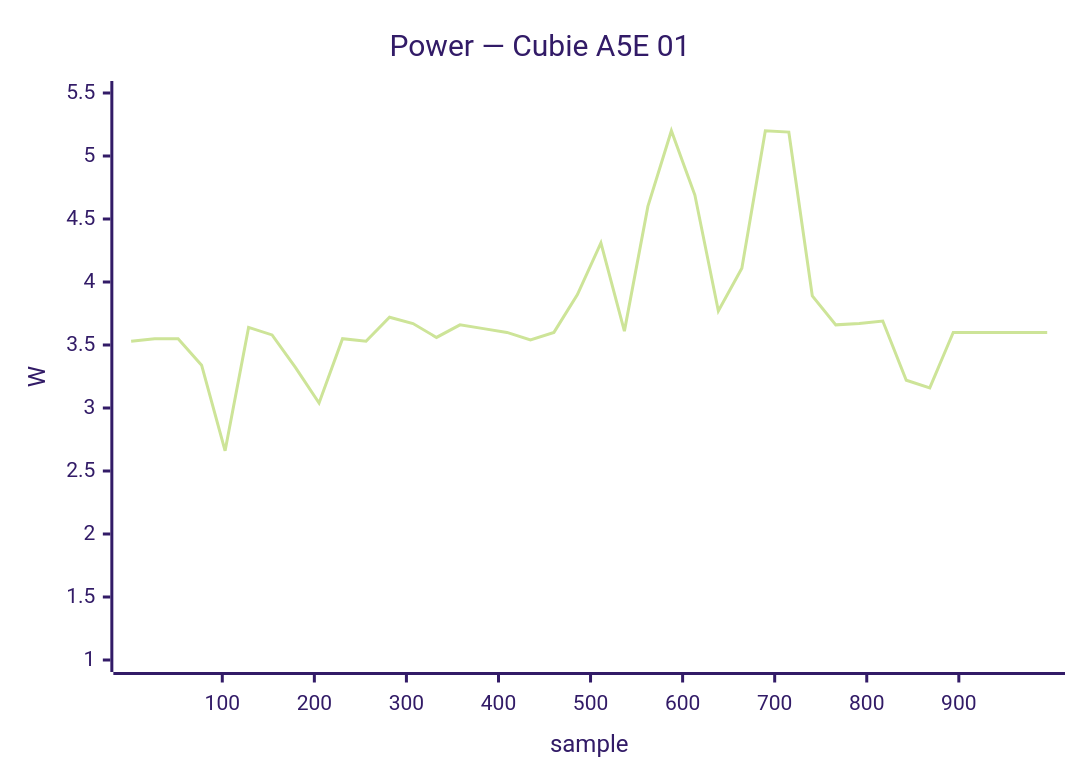
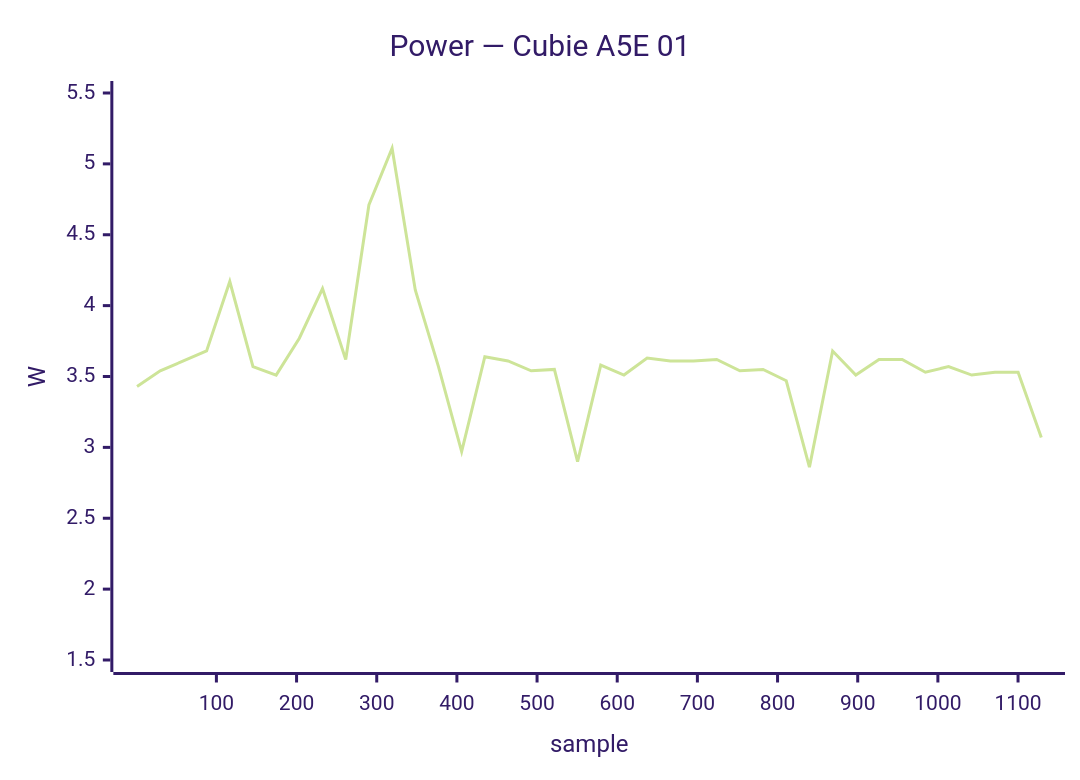
Before and after one commit to armbian/documentation: the fourth of 24 diagrams in docs/status/board-tests.md, drawn with Mermaid (forest theme). The commit also changed other lines of this file, not shown here.

````diff
--- a/docs/status/board-tests.md
+++ b/docs/status/board-tests.md
@@ -185,7 +220,7 @@
     ```mermaid
     xychart-beta
         title "Power — Cubie A5E 01"
-        x-axis "sample" 1 --> 996
-        y-axis "W" 1.0 --> 5.5
-        line [3.53, 3.55, 3.55, 3.34, 2.66, 3.64, 3.58, 3.32, 3.04, 3.55, 3.53, 3.72, 3.67, 3.56, 3.66, 3.63, 3.60, 3.54, 3.60, 3.90, 4.31, 3.61, 4.60, 5.20, 4.69, 3.77, 4.11, 5.20, 5.19, 3.89, 3.66, 3.67, 3.69, 3.22, 3.16, 3.60, 3.60, 3.60, 3.60, 3.60]
+        x-axis "sample" 1 --> 1129
+        y-axis "W" 1.5 --> 5.5
+        line [3.43, 3.54, 3.61, 3.68, 4.17, 3.57, 3.51, 3.77, 4.12, 3.62, 4.71, 5.11, 4.11, 3.57, 2.97, 3.64, 3.61, 3.54, 3.55, 2.90, 3.58, 3.51, 3.63, 3.61, 3.61, 3.62, 3.54, 3.55, 3.47, 2.86, 3.68, 3.51, 3.62, 3.62, 3.53, 3.57, 3.51, 3.53, 3.53, 3.07]
     ```
````
